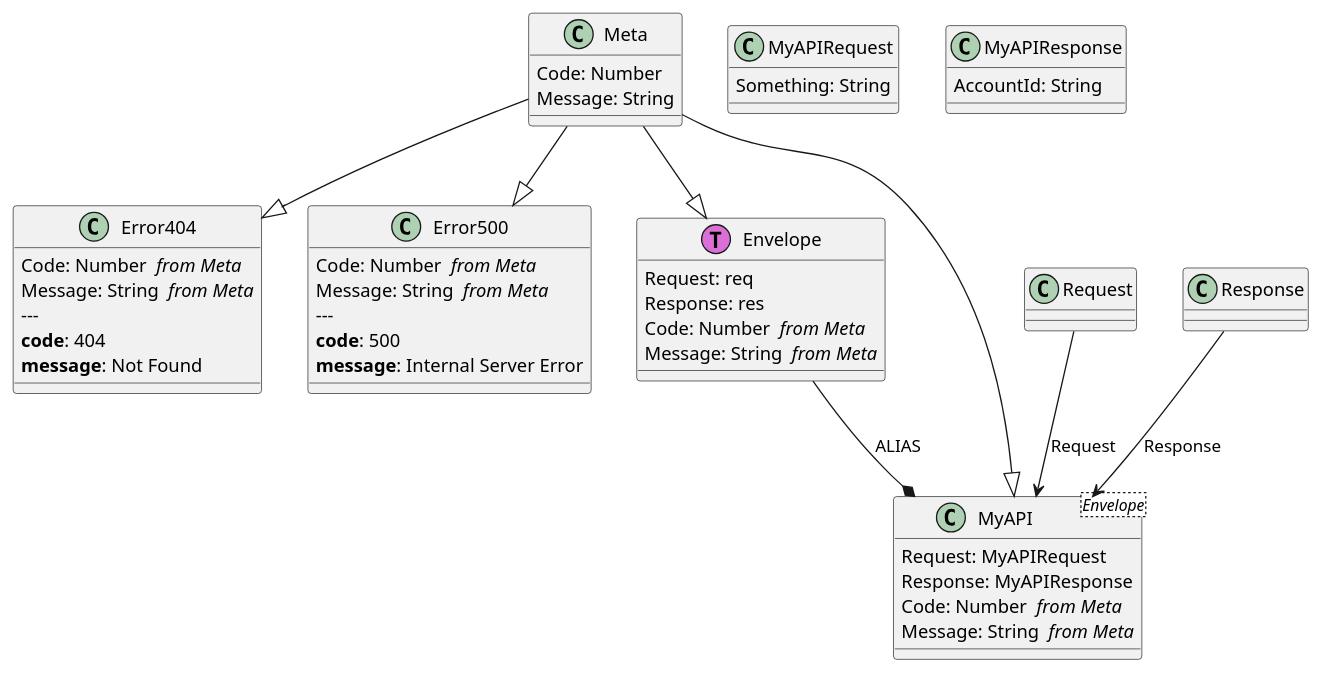
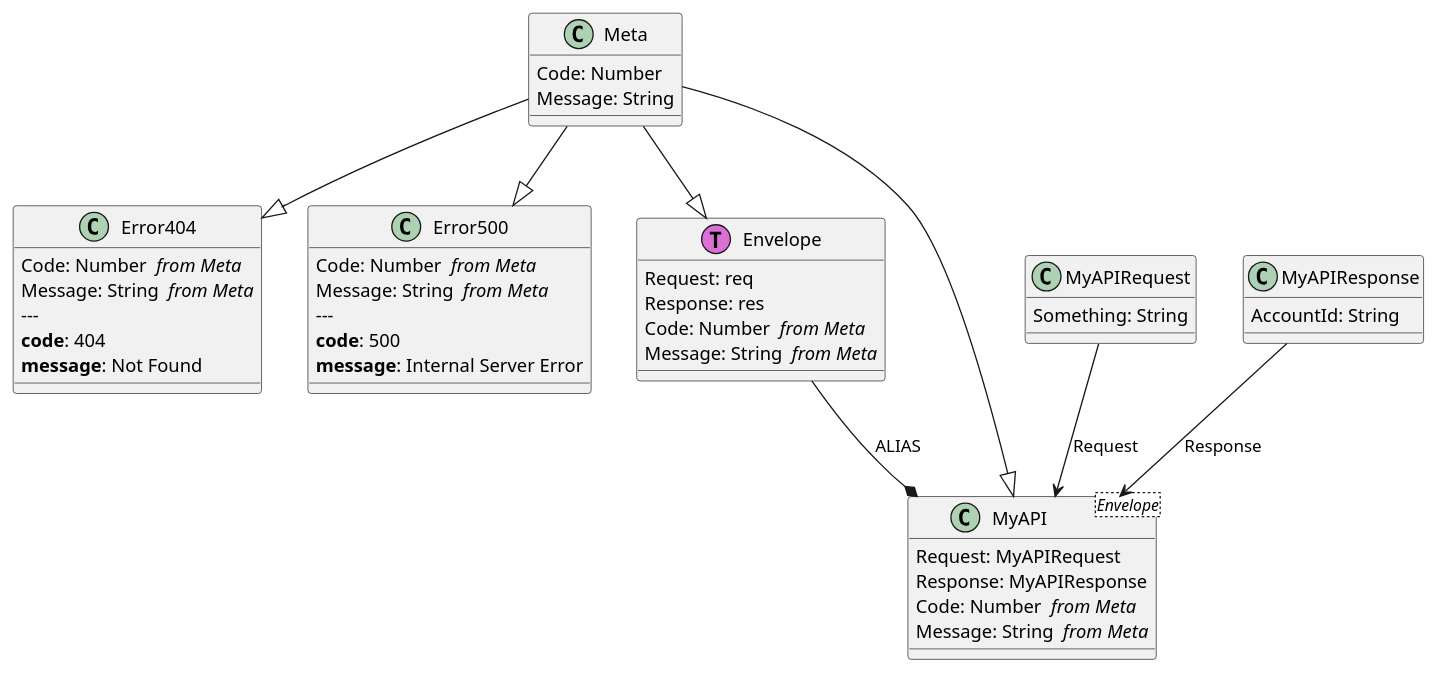
The diagram in Examples/.out/APIs.API/APIs.API.puml (Baudin999/car-lang), drawn with PlantUML before and after one commit. The commit also changed 4 other files, not shown here.

```diff
--- a/Examples/.out/APIs.API/APIs.API.puml
+++ b/Examples/.out/APIs.API/APIs.API.puml
@@ -1,45 +1,45 @@
 class Meta {
 	Code: Number 
 	Message: String 
 }
 class Error404 {
 	Code: Number  <i>from Meta</i>
 	Message: String  <i>from Meta</i>
   ---
   <b>code</b>: 404
 <b>message</b>: Not Found
     
 }
 Meta --|> Error404
 class Error500 {
 	Code: Number  <i>from Meta</i>
 	Message: String  <i>from Meta</i>
   ---
   <b>code</b>: 500
 <b>message</b>: Internal Server Error
     
 }
 Meta --|> Error500
 class Envelope<< (T,orchid) >> {
 	Request: req 
 	Response: res 
 	Code: Number  <i>from Meta</i>
 	Message: String  <i>from Meta</i>
 }
 Meta --|> Envelope
 class MyAPIRequest {
 	Something: String 
 }
 class MyAPIResponse {
 	AccountId: String 
 }
 class MyAPI<Envelope> {
 	Request: MyAPIRequest 
 	Response: MyAPIResponse 
 	Code: Number  <i>from Meta</i>
 	Message: String  <i>from Meta</i>
 }
-Request --> MyAPI : Request
-Response --> MyAPI : Response
+MyAPIRequest --> MyAPI : Request
+MyAPIResponse --> MyAPI : Response
 Meta --|> MyAPI
 Envelope --* MyAPI: ALIAS
```
